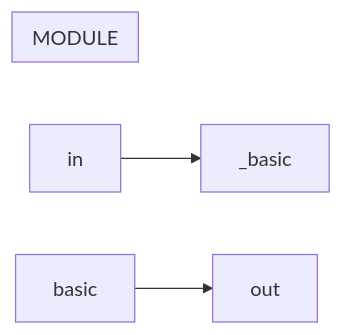
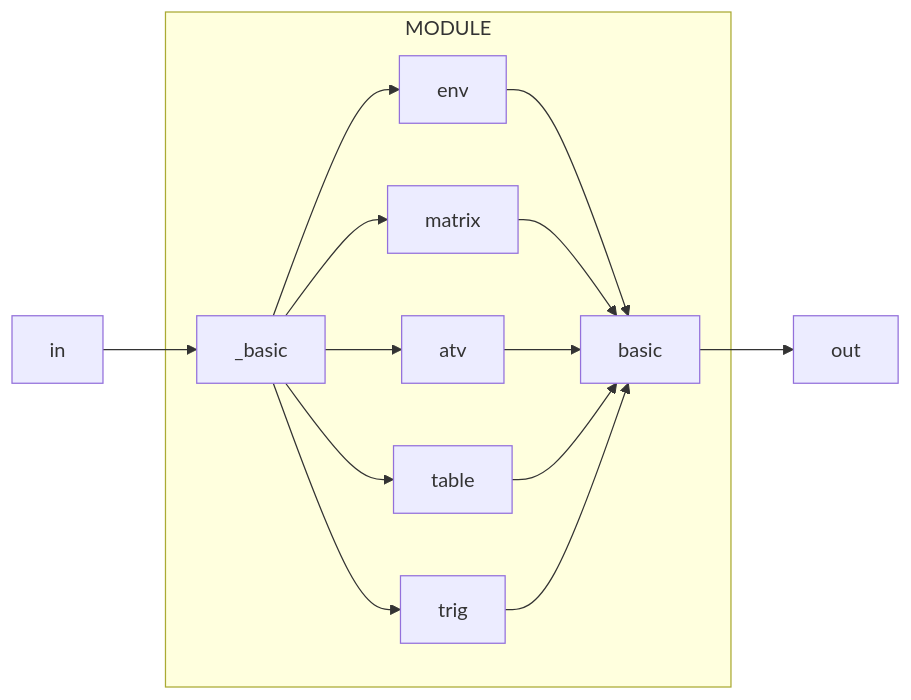
Before and after one commit to ShilianShen/Jasmin: the diagram in src/basic/README.md, drawn with Mermaid. The commit also changed 15 other files, not shown here.

````diff
--- a/src/basic/README.md
+++ b/src/basic/README.md
@@ -2,8 +2,12 @@
 ```mermaid
 graph LR
     subgraph MODULE
-        
+        _basic --> env --> basic
+        _basic --> matrix --> basic
+        _basic --> atv --> basic
+        _basic --> table --> basic
+        _basic --> trig --> basic
     end
     in --> _basic
     basic --> out
 ```
````
